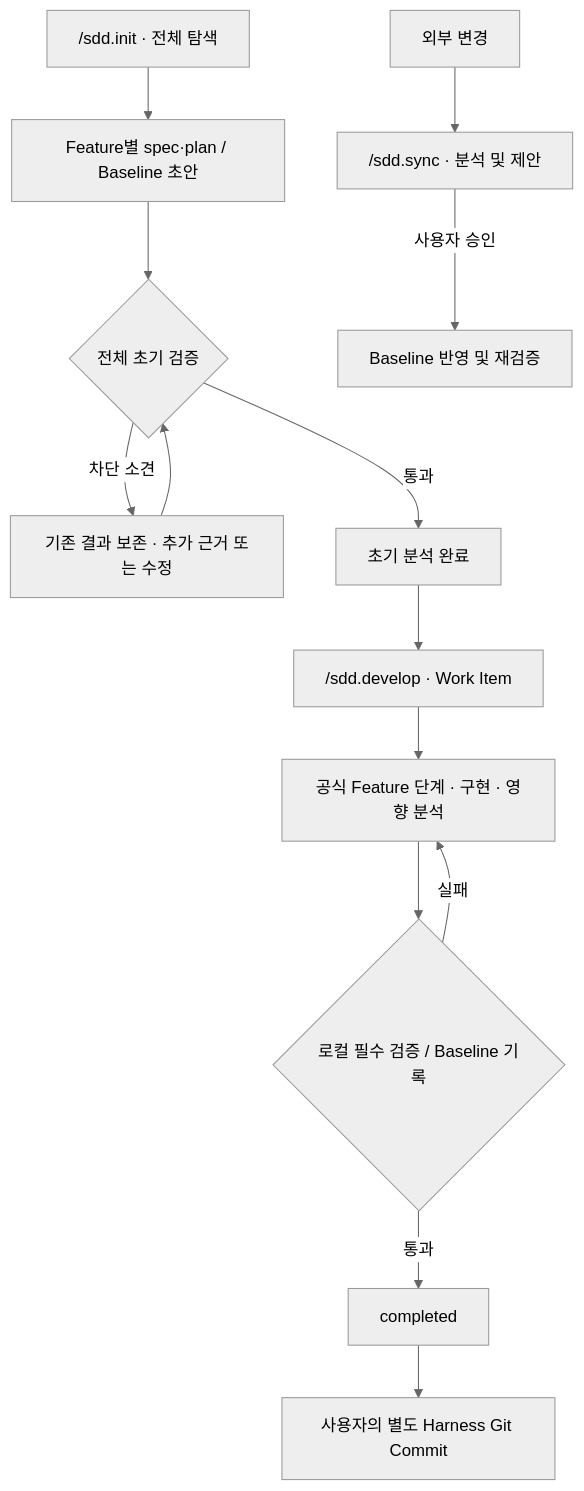
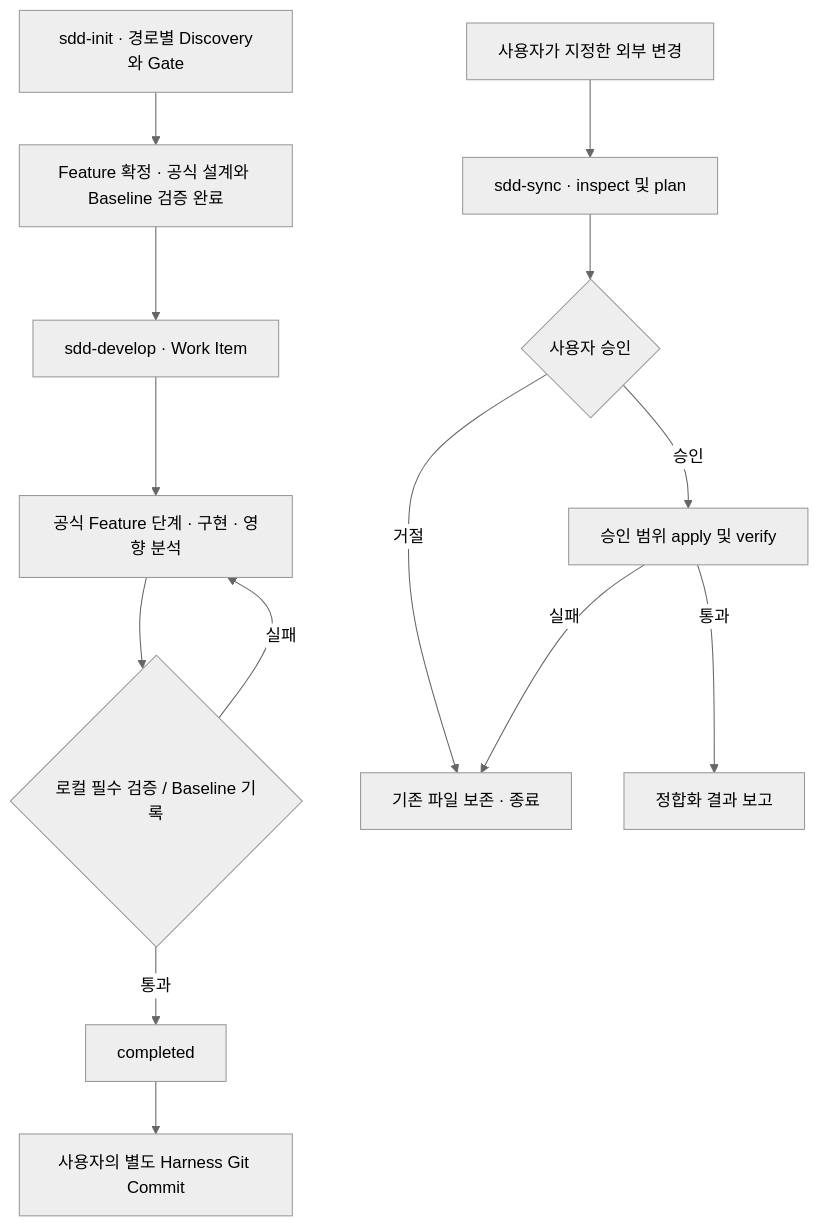
The third of 5 diagrams in docs/design/SpecThread-통합-상세-설계서.md (jungsangU/spec-thread), drawn with Mermaid (neutral theme) before and after one commit. The commit also changed other lines of this file and 22 other files, not shown here.

```diff
--- a/docs/design/SpecThread-통합-상세-설계서.md
+++ b/docs/design/SpecThread-통합-상세-설계서.md
@@ -153,16 +193,16 @@
 ~~~mermaid
 flowchart TD
-  I["/sdd.init · 전체 탐색"] --> S["Feature별 spec·plan / Baseline 초안"]
-  S --> IV{"전체 초기 검증"}
-  IV -->|차단 소견| IR["기존 결과 보존 · 추가 근거 또는 수정"]
-  IR --> IV
-  IV -->|통과| R["초기 분석 완료"]
-  R --> D["/sdd.develop · Work Item"]
+  I["sdd-init · 경로별 Discovery와 Gate"] --> R["Feature 확정 · 공식 설계와 Baseline 검증 완료"]
+  R --> D["sdd-develop · Work Item"]
   D --> F["공식 Feature 단계 · 구현 · 영향 분석"]
   F --> L{"로컬 필수 검증 / Baseline 기록"}
   L -->|실패| F
   L -->|통과| C["completed"]
   C --> G["사용자의 별도 Harness Git Commit"]
-  E["외부 변경"] --> Y["/sdd.sync · 분석 및 제안"]
-  Y -->|사용자 승인| Z["Baseline 반영 및 재검증"]
+  E["사용자가 지정한 외부 변경"] --> Y["sdd-sync · inspect 및 plan"]
+  Y --> A{"사용자 승인"}
+  A -->|거절| X["기존 파일 보존 · 종료"]
+  A -->|승인| Z["승인 범위 apply 및 verify"]
+  Z -->|실패| X
+  Z -->|통과| S["정합화 결과 보고"]
 ~~~
```
